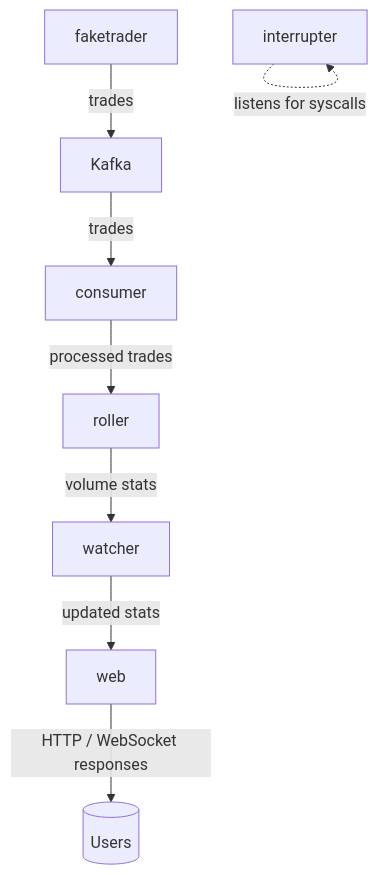
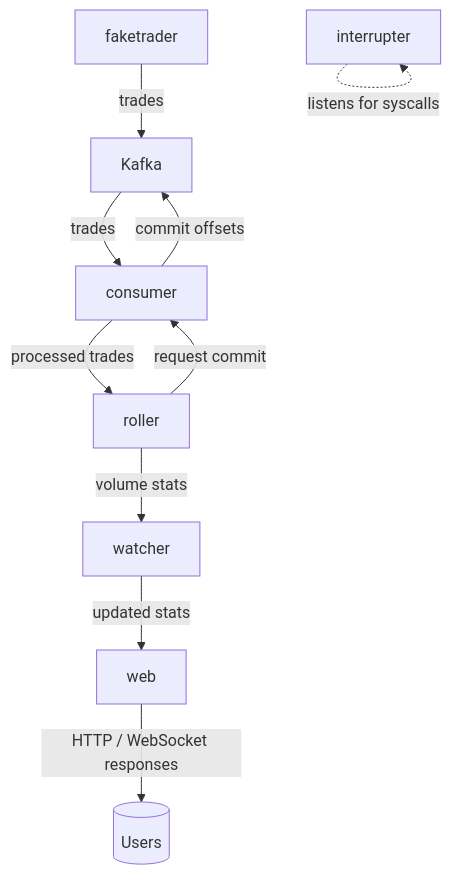
One commit to zamyatin-zkex/volumer changed the first of 2 diagrams in README.md. Above: the diagram before and after it, drawn with Mermaid. The commit also changed other lines of this file, not shown here.

````diff
--- a/README.md
+++ b/README.md
@@ -18,11 +18,13 @@
 ```mermaid
 flowchart TD
     F[faketrader] -- "trades" --> K[Kafka]
     K -- "trades" --> C[consumer]
     C -- "processed trades" --> R[roller]
+    R -- "request commit" --> C
+    C -- "commit offsets" --> K
     R -- "volume stats" --> Wt[watcher]
     Wt -- "updated stats" --> W[web]
     W -- "HTTP / WebSocket responses" --> U[(Users)]
 
     I[interrupter] -. "listens for syscalls" .-> I
 ```
````
